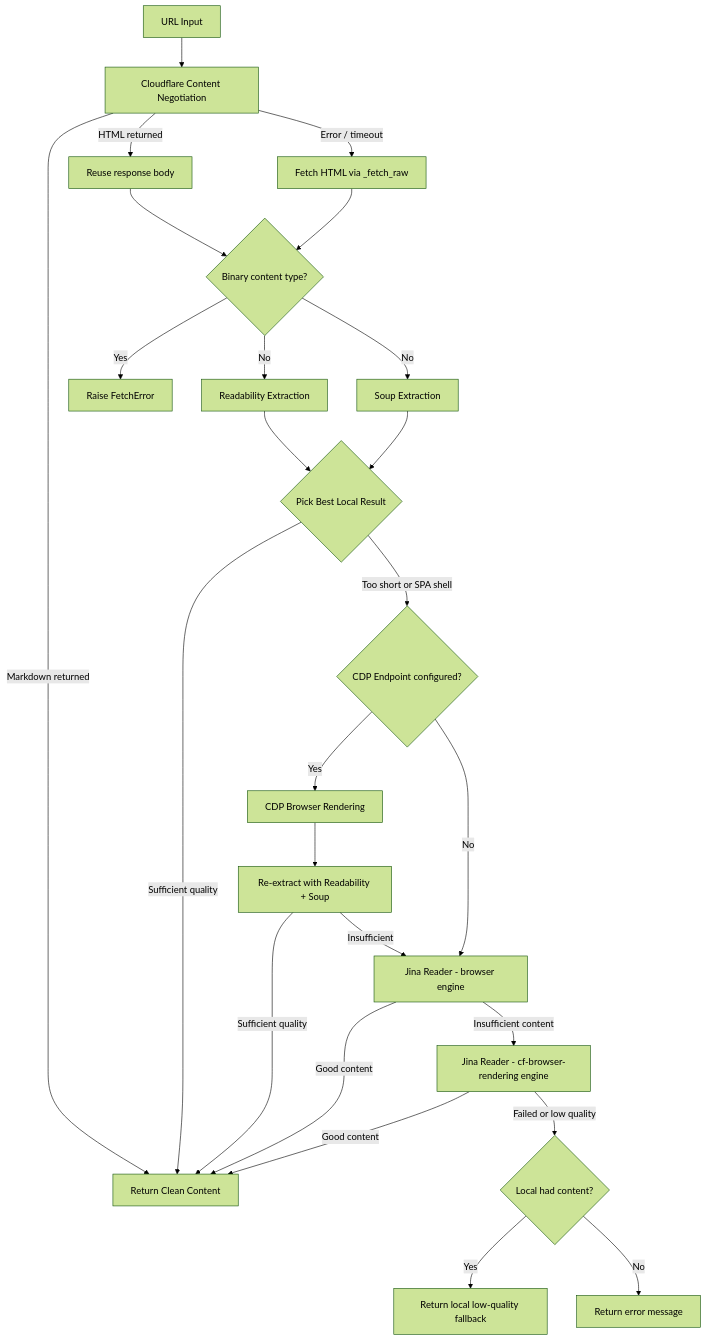
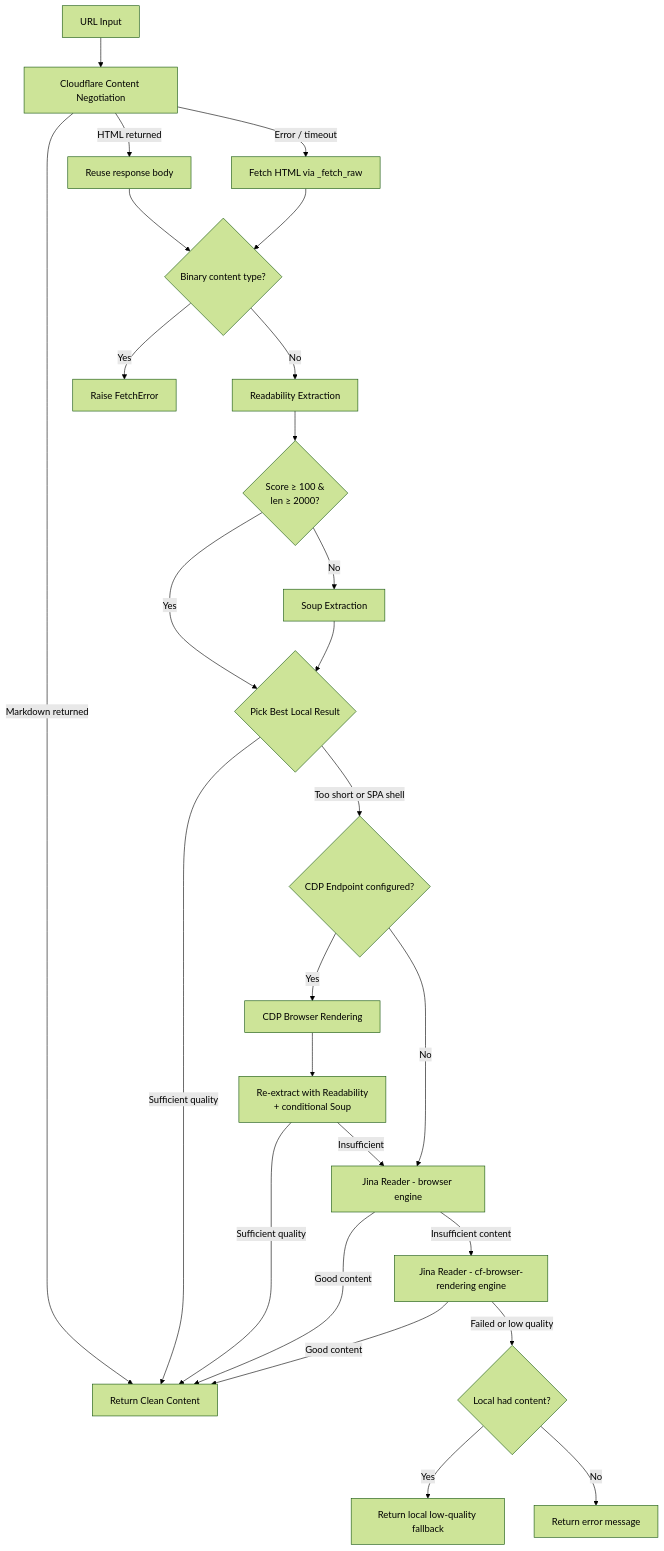
One commit to Oaklight/toolregistry-hub changed the diagram in docs/tools/websearch/web_fetch_tool.md. Above: the diagram before and after it, drawn with Mermaid (forest theme). The commit also changed other lines of this file and 1 other file, not shown here.

First line of the commit message:
docs(en): add P3 soup-skip optimisation to changelog and web_fetch_tool

````diff
--- a/docs/tools/websearch/web_fetch_tool.md
+++ b/docs/tools/websearch/web_fetch_tool.md
@@ -97,26 +98,30 @@
 ```mermaid
 flowchart TD
     A[URL Input] --> B[Cloudflare Content Negotiation]
     B -->|Markdown returned| Z[Return Clean Content]
     B -->|HTML returned| REUSE[Reuse response body]
     B -->|Error / timeout| C[Fetch HTML via _fetch_raw]
     REUSE --> BIN{Binary content type?}
     C --> BIN
     BIN -->|Yes| ERR[Raise FetchError]
     BIN -->|No| D[Readability Extraction]
-    BIN -->|No| E[Soup Extraction]
-    D & E --> F{Pick Best Local Result}
+    D --> SK{Score ≥ 100 &
+    len ≥ 2000?}
+    SK -->|Yes| F{Pick Best Local Result}
+    SK -->|No| E[Soup Extraction]
+    E --> F
     F -->|Sufficient quality| Z
     F -->|Too short or SPA shell| CDP{CDP Endpoint configured?}
     CDP -->|Yes| CDP1[CDP Browser Rendering]
-    CDP1 --> CDP2[Re-extract with Readability + Soup]
+    CDP1 --> CDP2[Re-extract with Readability
+    + conditional Soup]
     CDP2 -->|Sufficient quality| Z
     CDP2 -->|Insufficient| G[Jina Reader - browser engine]
     CDP -->|No| G
     G -->|Good content| Z
     G -->|Insufficient content| G2[Jina Reader - cf-browser-rendering engine]
     G2 -->|Good content| Z
     G2 -->|Failed or low quality| H{Local had content?}
     H -->|Yes| I[Return local low-quality fallback]
     H -->|No| J[Return error message]
 ```
````
